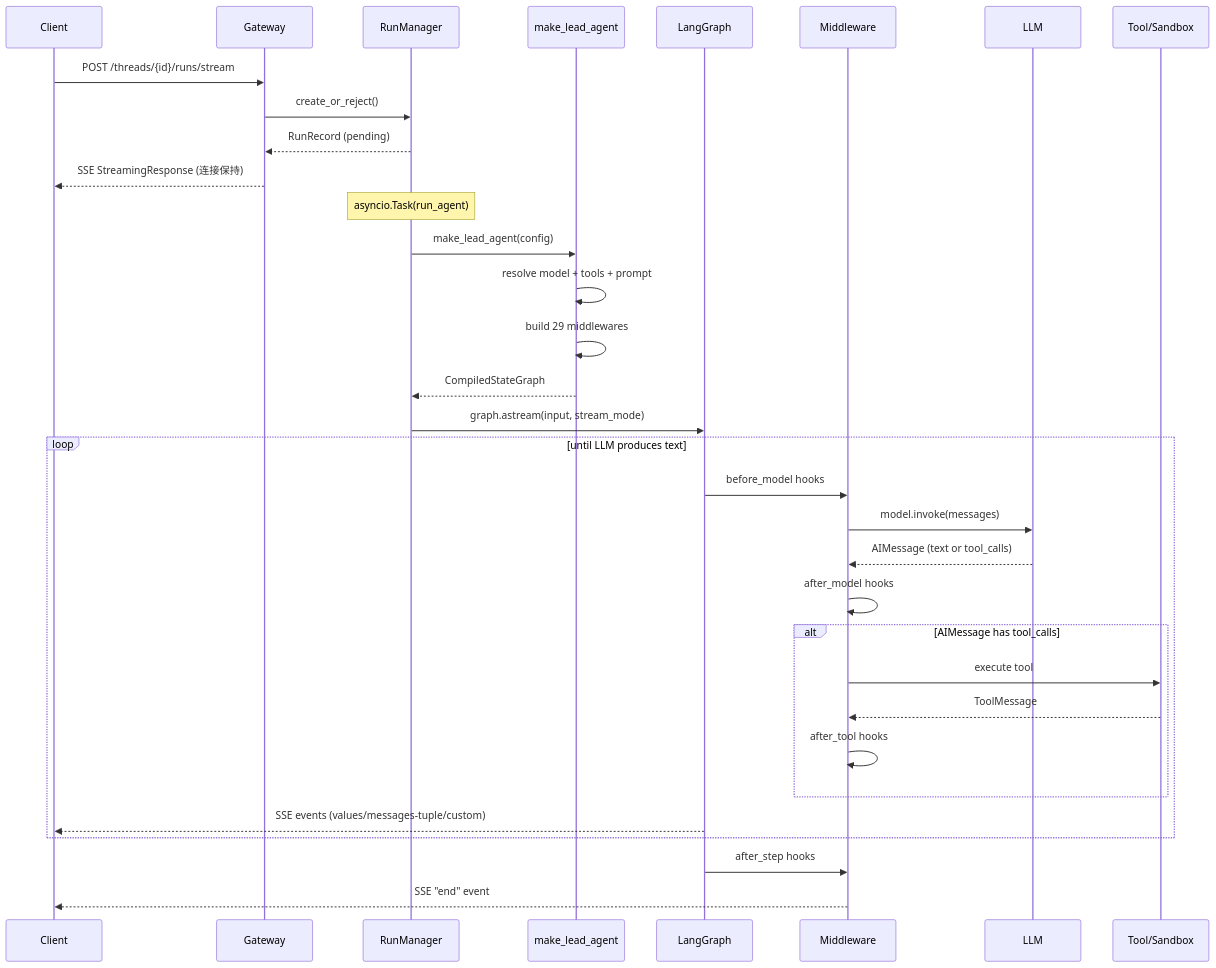
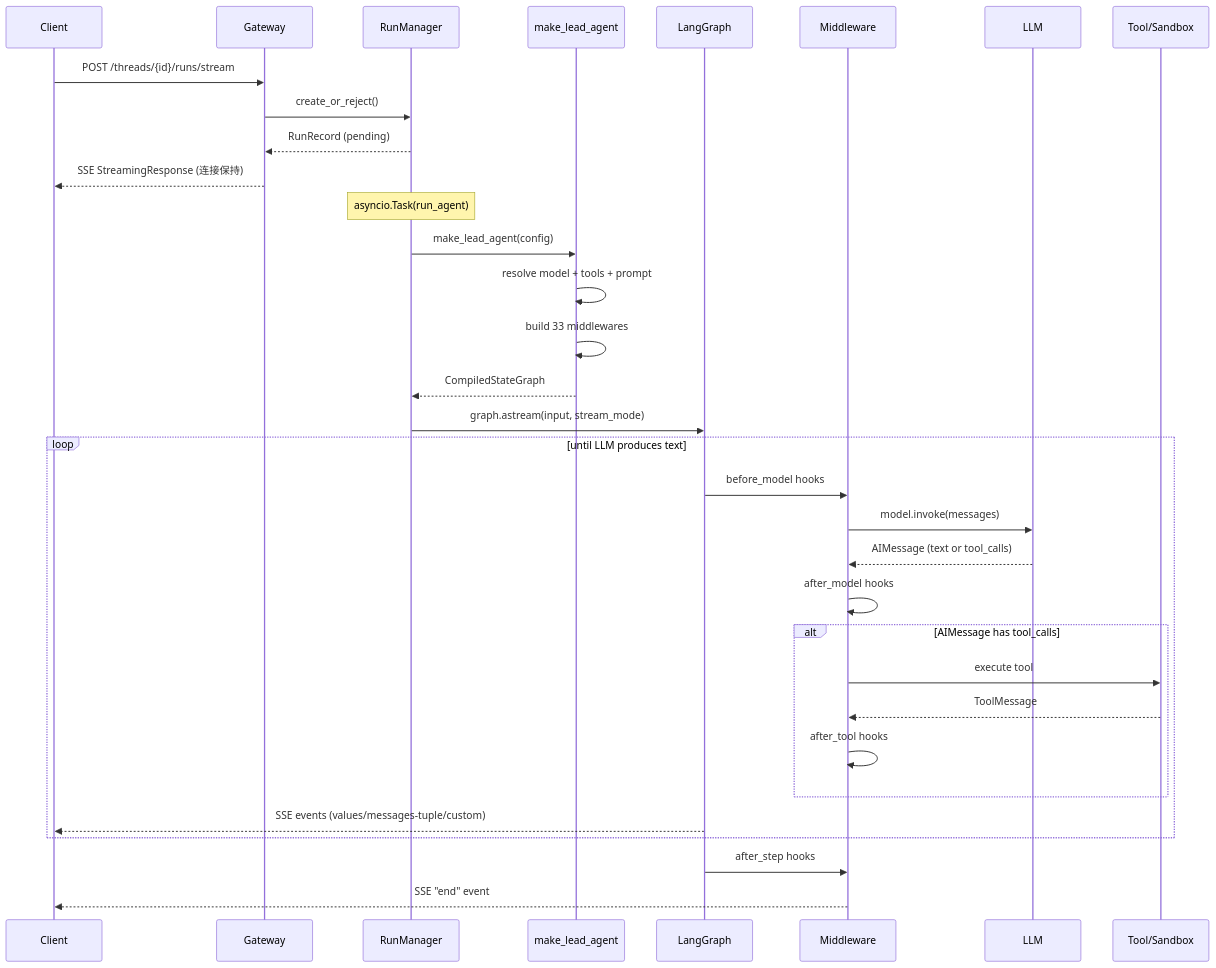
One commit to ethan-jiang-1/deer-flow changed the diagram in _digest/overview/05-request-flow.md. Above: the diagram before and after it, drawn with Mermaid. The commit also changed 48 other files, not shown here.

````diff
--- a/_digest/overview/05-request-flow.md
+++ b/_digest/overview/05-request-flow.md
@@ -15,41 +15,41 @@
 ```mermaid
 sequenceDiagram
     participant C as Client
     participant G as Gateway
     participant RM as RunManager
     participant MLA as make_lead_agent
     participant LG as LangGraph
     participant MW as Middleware
     participant LLM as LLM
     participant Tool as Tool/Sandbox
 
     C->>G: POST /threads/{id}/runs/stream
     G->>RM: create_or_reject()
     RM-->>G: RunRecord (pending)
     G-->>C: SSE StreamingResponse (连接保持)
 
     Note over RM: asyncio.Task(run_agent)
 
     RM->>MLA: make_lead_agent(config)
     MLA->>MLA: resolve model + tools + prompt
-    MLA->>MLA: build 29 middlewares
+    MLA->>MLA: build 33 middlewares
     MLA-->>RM: CompiledStateGraph
 
     RM->>LG: graph.astream(input, stream_mode)
 
     loop until LLM produces text
         LG->>MW: before_model hooks
         MW->>LLM: model.invoke(messages)
         LLM-->>MW: AIMessage (text or tool_calls)
         MW->>MW: after_model hooks
         alt AIMessage has tool_calls
             MW->>Tool: execute tool
             Tool-->>MW: ToolMessage
             MW->>MW: after_tool hooks
         end
         LG-->>C: SSE events (values/messages-tuple/custom)
     end
 
     LG->>MW: after_step hooks
     MW-->>C: SSE "end" event
 ```
````
